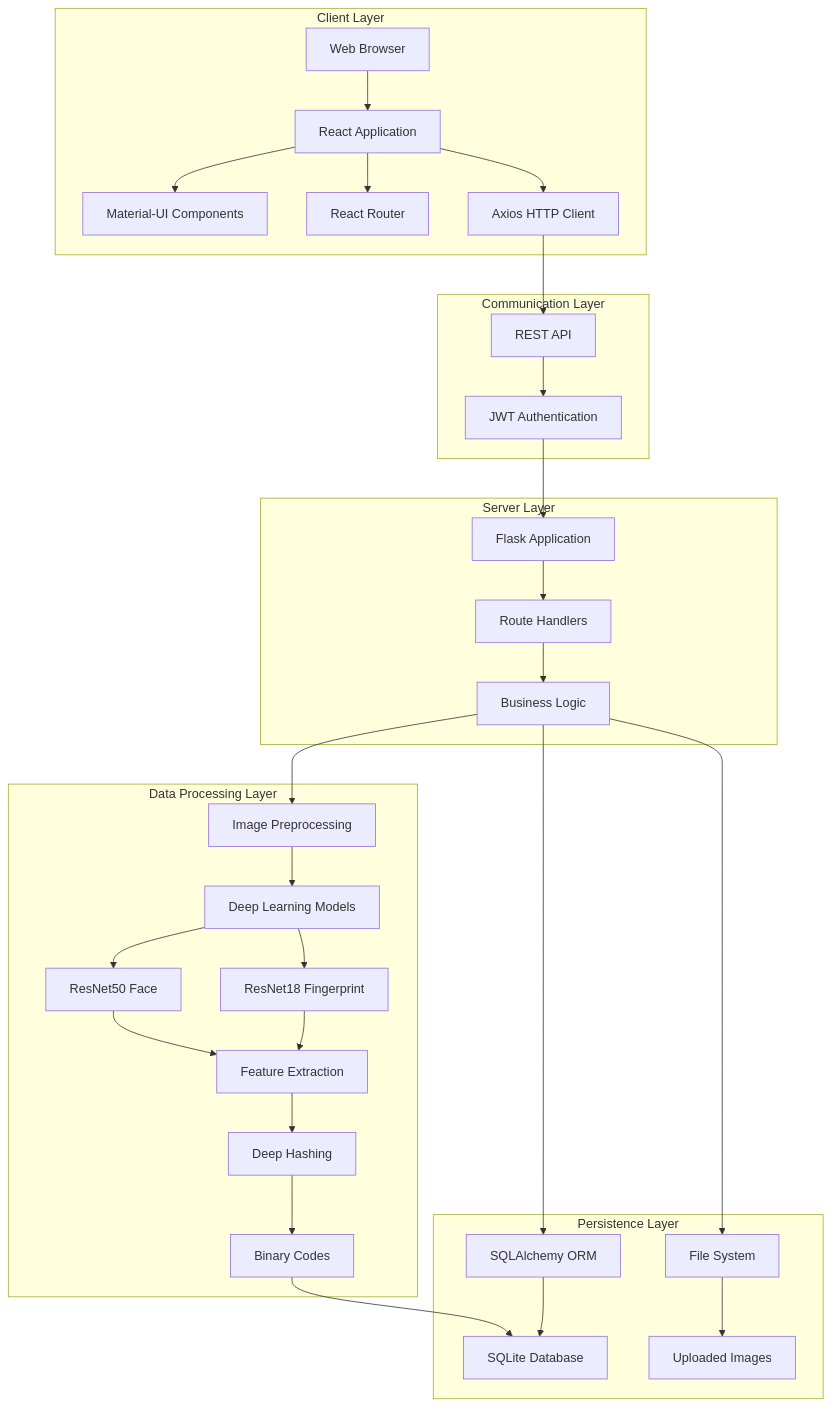
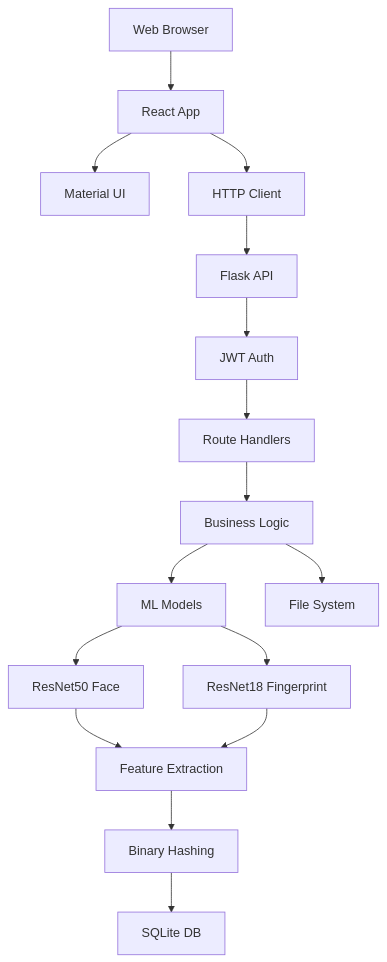
The first of 14 diagrams in ARCHITECTURE.md (BTech20/biometric-auth-system), drawn with Mermaid before and after one commit. The commit also changed other lines of this file, not shown here.

First line of the commit message:
Simplify all Mermaid diagrams to basic GitHub-compatible syntax

````diff
--- a/ARCHITECTURE.md
+++ b/ARCHITECTURE.md
@@ -45,39 +45,18 @@
 ```mermaid
-graph TB
-    subgraph ClientLayer["Client Layer"]
-        A[Web Browser] --> B[React Application]
-        B --> C[Material-UI Components]
-        B --> D[React Router]
-        B --> E[Axios HTTP Client]
-    end
-    
-    subgraph CommLayer["Communication Layer"]
-        E --> F[REST API]
-        F --> G[JWT Authentication]
-    end
-    
-    subgraph ServerLayer["Server Layer"]
-        G --> H[Flask Application]
-        H --> I[Route Handlers]
-        I --> J[Business Logic]
-    end
-    
-    subgraph DataLayer["Data Processing Layer"]
-        J --> K[Image Preprocessing]
-        K --> L[Deep Learning Models]
-        L --> M[ResNet50 Face]
-        L --> N[ResNet18 Fingerprint]
-        M --> O[Feature Extraction]
-        N --> O
-        O --> P[Deep Hashing]
-        P --> Q[Binary Codes]
-    end
-    
-    subgraph PersistLayer["Persistence Layer"]
-        J --> R[SQLAlchemy ORM]
-        R --> S[SQLite Database]
-        Q --> S
-        J --> T[File System]
-        T --> U[Uploaded Images]
-    end
+flowchart TB
+    A[Web Browser] --> B[React App]
+    B --> C[Material UI]
+    B --> D[HTTP Client]
+    D --> E[Flask API]
+    E --> F[JWT Auth]
+    F --> G[Route Handlers]
+    G --> H[Business Logic]
+    H --> I[ML Models]
+    I --> J[ResNet50 Face]
+    I --> K[ResNet18 Fingerprint]
+    J --> L[Feature Extraction]
+    K --> L
+    L --> M[Binary Hashing]
+    M --> N[SQLite DB]
+    H --> O[File System]
 ```
````
